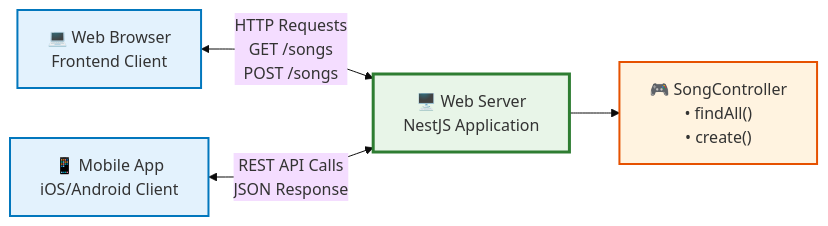
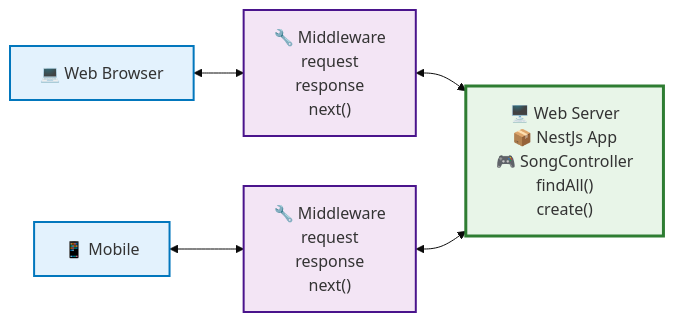
The first of 3 diagrams in 04-middlewares-exception-filters-pipes/README.md (rsshonjoydas/programming-mastery), drawn with Mermaid (base theme) before and after one commit. The commit also changed other lines of this file and 2 other files, not shown here.

Commit message:
nestjs: create and apply logger middleware

````diff
--- a/04-middlewares-exception-filters-pipes/README.md
+++ b/04-middlewares-exception-filters-pipes/README.md
@@ -64,26 +7,28 @@
 ```mermaid
 graph LR
     %% Client Side
-    WEB["💻 Web Browser<br/>Frontend Client"]
-    MOBILE["📱 Mobile App<br/>iOS/Android Client"]
+    WB["💻 Web Browser"]
+    MB["📱 Mobile"]
 
-    %% Server Side
-    SERVER["🖥️ Web Server<br/>NestJS Application"]
-    CONTROLLER["🎮 SongController<br/>• findAll()<br/>• create()"]
+    %% Middleware
+    MW1["🔧 Middleware<br/>request<br/>response<br/>next()"]
+    MW2["🔧 Middleware<br/>request<br/>response<br/>next()"]
 
-    %% API Communication
-    WEB <-->|"HTTP Requests<br/>GET /songs<br/>POST /songs"| SERVER
-    MOBILE <-->|"REST API Calls<br/>JSON Response"| SERVER
+    %% Web Server
+    WS["🖥️ Web Server<br/>📦 NestJs App<br/>🎮 SongController<br/>findAll()<br/>create()"]
 
-    %% Internal Server Architecture
-    SERVER --> CONTROLLER
+    %% Connections
+    WB <--> MW1
+    MB <--> MW2
+    MW1 <--> WS
+    MW2 <--> WS
 
     %% Styling
     classDef clientClass fill:#e3f2fd,stroke:#0277bd,stroke-width:2px
+    classDef middlewareClass fill:#f3e5f5,stroke:#4a148c,stroke-width:2px
     classDef serverClass fill:#e8f5e8,stroke:#2e7d32,stroke-width:3px
-    classDef controllerClass fill:#fff3e0,stroke:#e65100,stroke-width:2px
 
-    class WEB,MOBILE clientClass
-    class SERVER serverClass
-    class CONTROLLER controllerClass
+    class WB,MB clientClass
+    class MW1,MW2 middlewareClass
+    class WS serverClass
 ```
````
